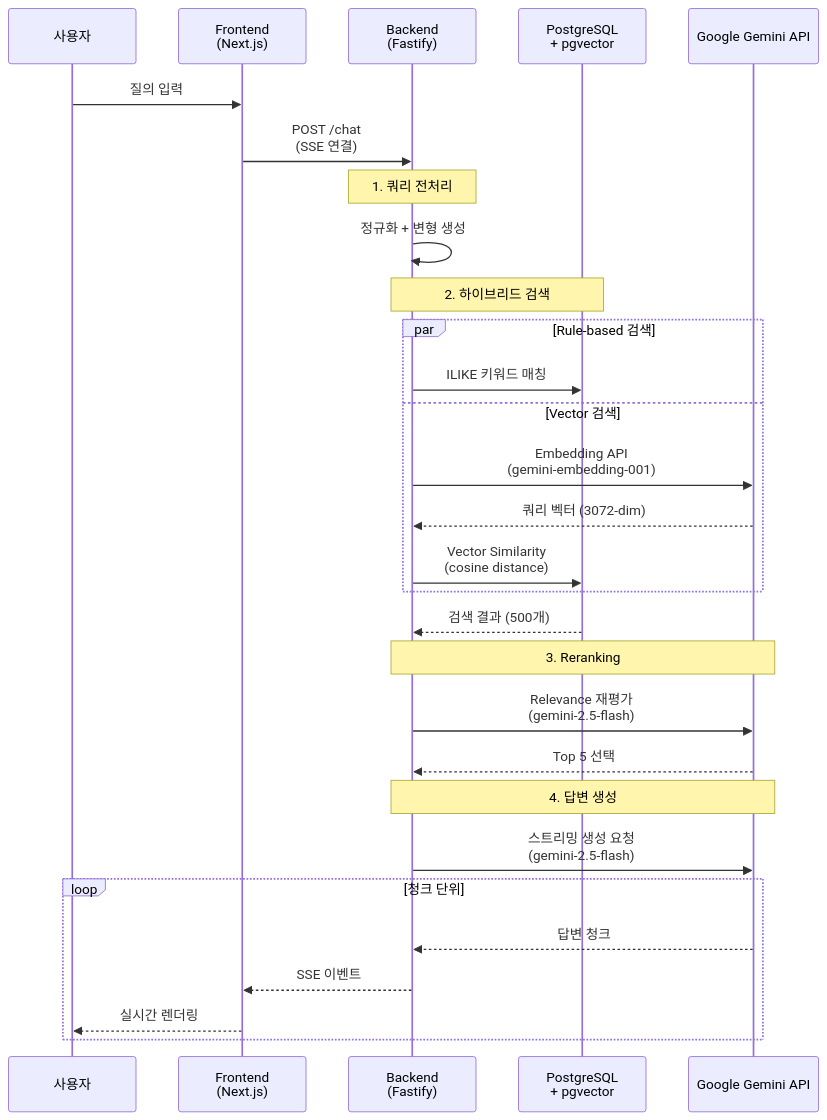
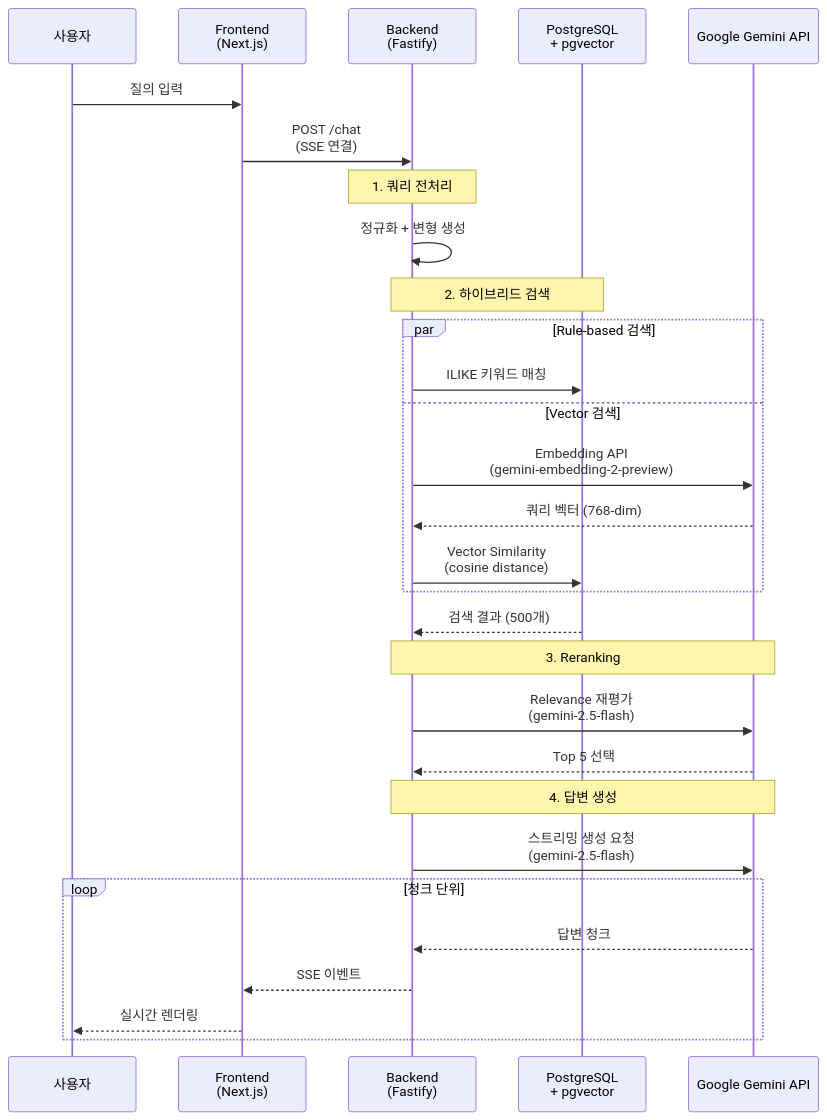
The third of 3 diagrams in README.md (jdhert/CS-ChatBot), drawn with Mermaid before and after one commit. The commit also changed other lines of this file, not shown here.

````diff
--- a/README.md
+++ b/README.md
@@ -290,36 +290,36 @@
 ```mermaid
 sequenceDiagram
     participant User as 사용자
     participant FE as Frontend<br/>(Next.js)
     participant BE as Backend<br/>(Fastify)
     participant DB as PostgreSQL<br/>+ pgvector
     participant Gemini as Google Gemini API
 
     User->>FE: 질의 입력
     FE->>BE: POST /chat<br/>(SSE 연결)
 
     Note over BE: 1. 쿼리 전처리
     BE->>BE: 정규화 + 변형 생성
 
     Note over BE,DB: 2. 하이브리드 검색
     par Rule-based 검색
         BE->>DB: ILIKE 키워드 매칭
     and Vector 검색
-        BE->>Gemini: Embedding API<br/>(gemini-embedding-001)
-        Gemini-->>BE: 쿼리 벡터 (3072-dim)
+        BE->>Gemini: Embedding API<br/>(gemini-embedding-2-preview)
+        Gemini-->>BE: 쿼리 벡터 (768-dim)
         BE->>DB: Vector Similarity<br/>(cosine distance)
     end
     DB-->>BE: 검색 결과 (500개)
 
     Note over BE,Gemini: 3. Reranking
     BE->>Gemini: Relevance 재평가<br/>(gemini-2.5-flash)
     Gemini-->>BE: Top 5 선택
 
     Note over BE,Gemini: 4. 답변 생성
     BE->>Gemini: 스트리밍 생성 요청<br/>(gemini-2.5-flash)
     loop 청크 단위
         Gemini-->>BE: 답변 청크
         BE-->>FE: SSE 이벤트
         FE-->>User: 실시간 렌더링
     end
 ```
````
